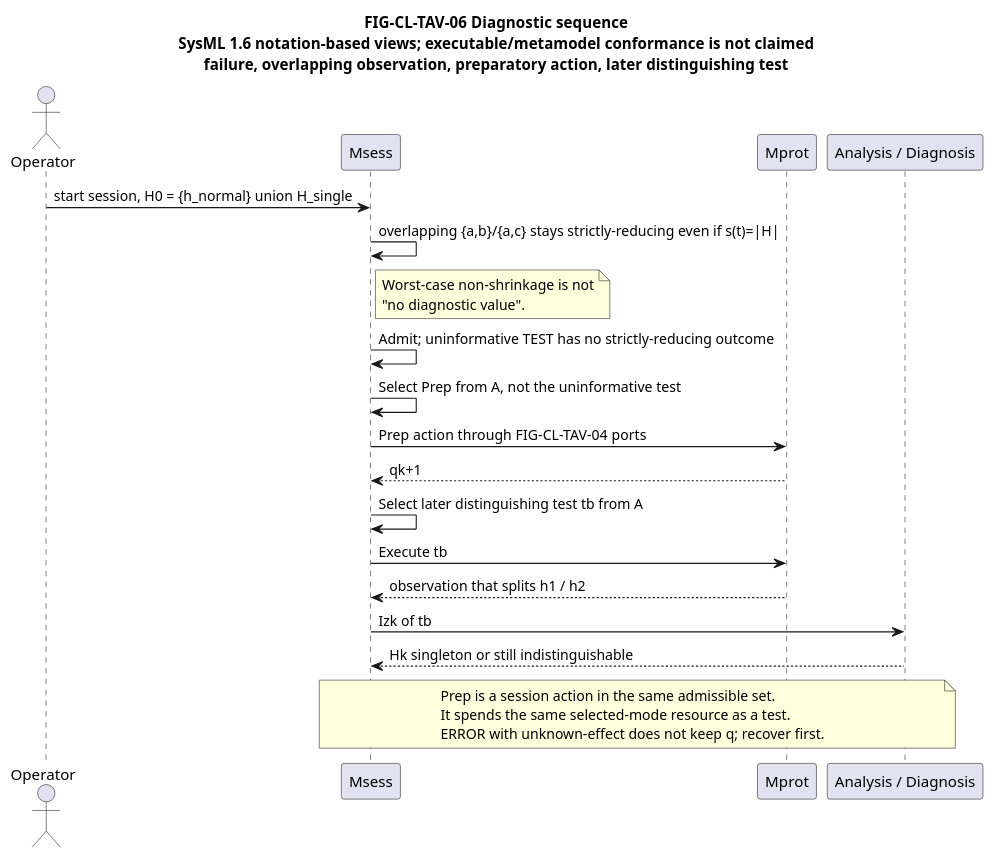
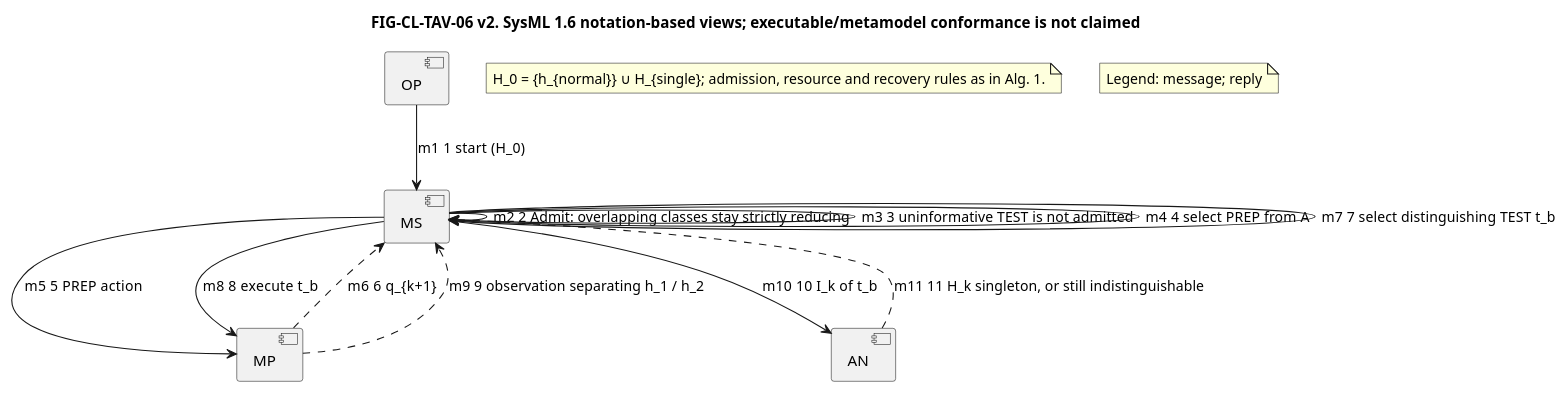
Before and after one commit to ZhangChi0727/arinc-615a-conformance: the diagram in docs/research/publication/models/FIG-CL-TAV-06-diagnostic-sequence.puml, drawn with PlantUML. The commit also changed 60 other files, not shown here.

First line of the commit message:
Install CL-TAV model-figure semantic revision v2 into candidates and the TAES draft.

```diff
--- a/docs/research/publication/models/FIG-CL-TAV-06-diagnostic-sequence.puml
+++ b/docs/research/publication/models/FIG-CL-TAV-06-diagnostic-sequence.puml
@@ -1,30 +1,32 @@
 @startuml FIG-CL-TAV-06
 skinparam shadowing false
-title FIG-CL-TAV-06 Diagnostic sequence\nSysML 1.6 notation-based views; executable/metamodel conformance is not claimed\nfailure, overlapping observation, preparatory action, later distinguishing test
-
-actor Operator
-participant "Msess" as S
-participant "Mprot" as P
-participant "Analysis / Diagnosis" as A
-
-Operator -> S : start session, H0 = {h_normal} union H_single
-S -> S : overlapping {a,b}/{a,c} stays strictly-reducing even if s(t)=|H|
-note right of S
-  Worst-case non-shrinkage is not
-  "no diagnostic value".
+title FIG-CL-TAV-06 v2. SysML 1.6 notation-based views; executable/metamodel conformance is not claimed
+' Approved figlib candidate v2 mapped to controlled ids. Not a proof of equivalence.
+' Message 10 is Izk of tb, drawn as I_k of t_b.
+' PREP names the Prep action.
+component OP
+' entity OP: Operator
+component MS
+' entity MS: Msess / session
+component MP
+' entity MP: Mprot / protocol
+component AN
+' entity AN: Analysis / and diagnosis
+OP --> MS : m1 1  start (H_0)
+MS --> MS : m2 2  Admit: overlapping classes stay strictly reducing
+MS --> MS : m3 3  uninformative TEST is not admitted
+MS --> MS : m4 4  select PREP from A
+MS --> MP : m5 5  PREP action
+MP ..> MS : m6 6  q_{k+1}
+MS --> MS : m7 7  select distinguishing TEST t_b
+MS --> MP : m8 8  execute t_b
+MP ..> MS : m9 9  observation separating h_1 / h_2
+MS --> AN : m10 10  I_k of t_b
+AN ..> MS : m11 11  H_k singleton, or still indistinguishable
+note as NT
+  H_0 = {h_{normal}} ∪ H_{single}; admission, resource and recovery rules as in Alg. 1.
 end note
-S -> S : Admit; uninformative TEST has no strictly-reducing outcome
-S -> S : Select Prep from A, not the uninformative test
-S -> P : Prep action through FIG-CL-TAV-04 ports
-P --> S : qk+1
-S -> S : Select later distinguishing test tb from A
-S -> P : Execute tb
-P --> S : observation that splits h1 / h2
-S -> A : Izk of tb
-A --> S : Hk singleton or still indistinguishable
-note over S, A
-  Prep is a session action in the same admissible set.
-  It spends the same selected-mode resource as a test.
-  ERROR with unknown-effect does not keep q; recover first.
+note as legend
+  Legend: message; reply
 end note
 @enduml
```
